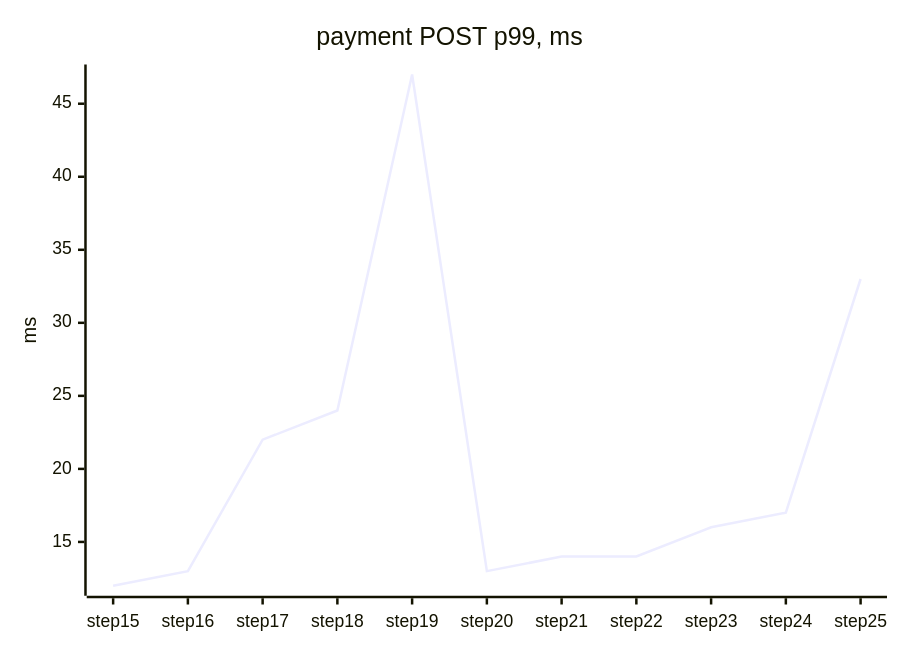
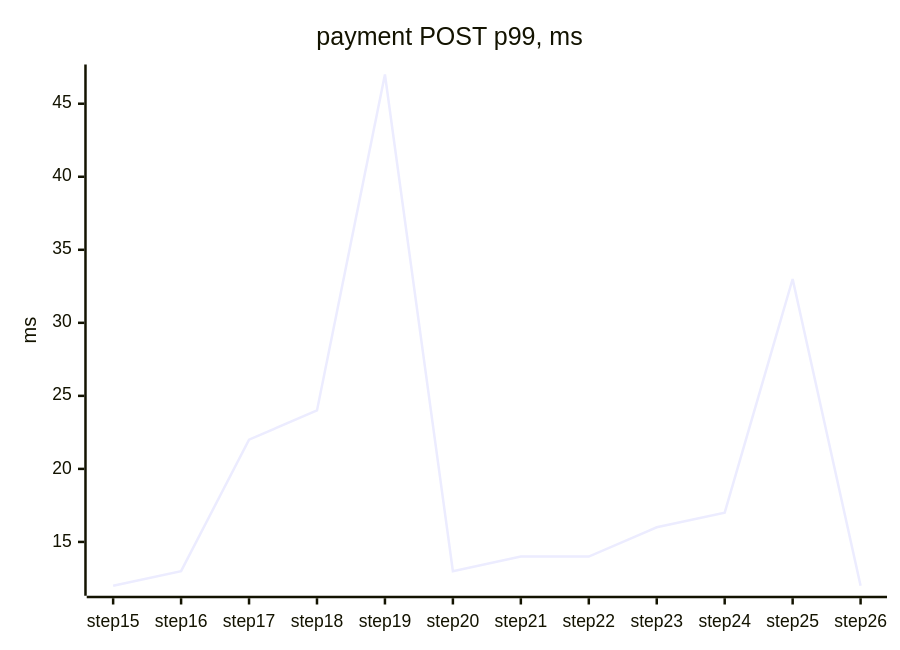
The third of 4 diagrams in docs/perf/README.md (tanvoid0/ledgerflow), drawn with Mermaid before and after one commit. The commit also changed other lines of this file and 14 other files, not shown here.

````diff
--- a/docs/perf/README.md
+++ b/docs/perf/README.md
@@ -103,7 +106,7 @@
 ```mermaid
 xychart-beta
     title "payment POST p99, ms"
-    x-axis ["step15", "step16", "step17", "step18", "step19", "step20", "step21", "step22", "step23", "step24", "step25"]
+    x-axis ["step15", "step16", "step17", "step18", "step19", "step20", "step21", "step22", "step23", "step24", "step25", "step26"]
     y-axis "ms"
-    line [12, 13, 22, 24, 47, 13, 14, 14, 16, 17, 33]
+    line [12, 13, 22, 24, 47, 13, 14, 14, 16, 17, 33, 12]
 ```
````
